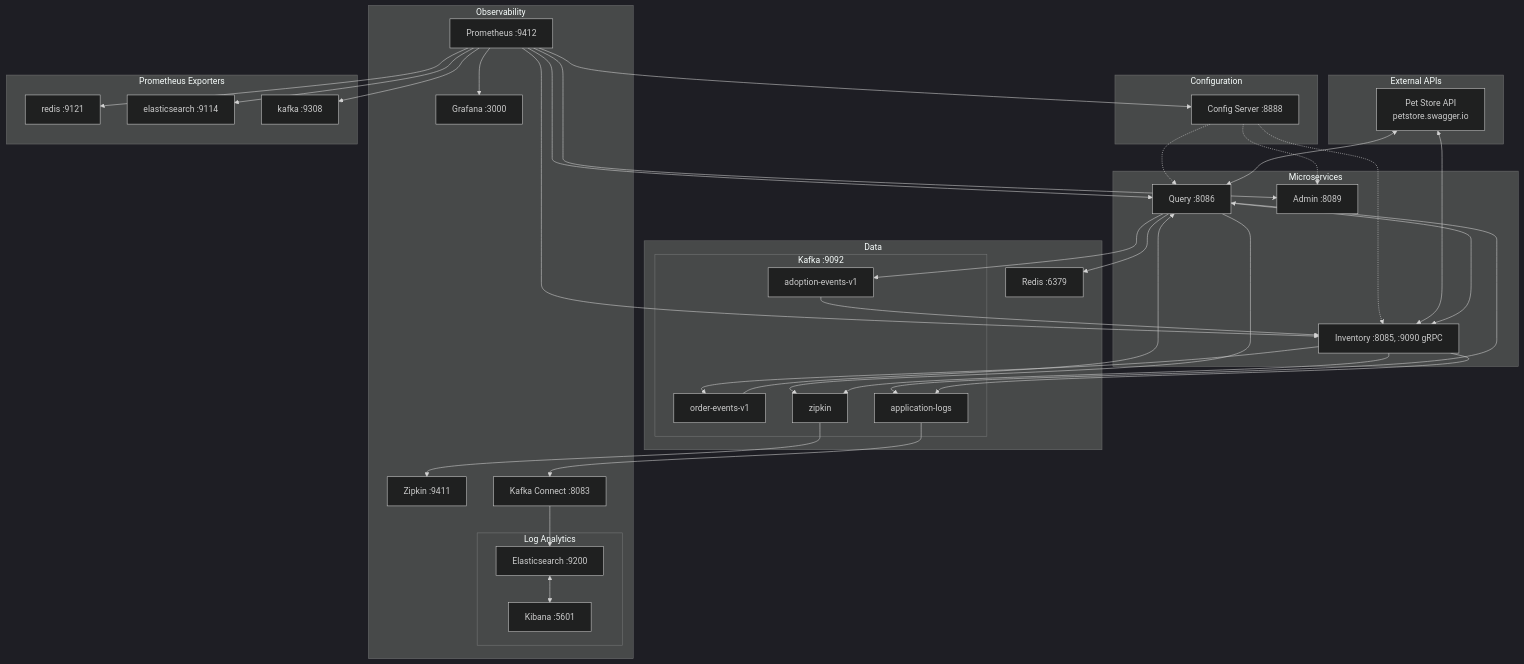
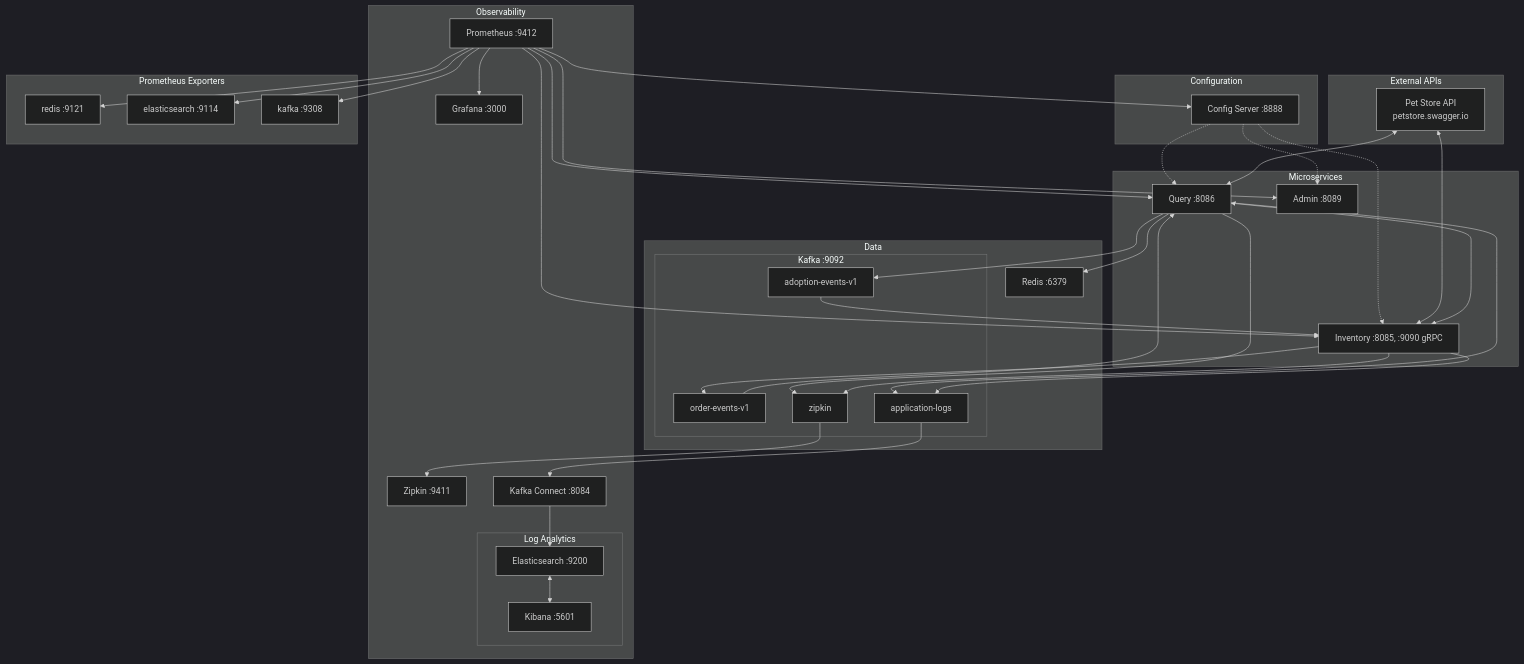
The diagram in README.md (hdmsantander/microservices-ops-demo), drawn with Mermaid (dark theme) before and after one commit. The commit also changed other lines of this file and 10 other files, not shown here.

First line of the commit message:
Resolve 8083 port conflict: switch kafka-connect to 8084

````diff
--- a/README.md
+++ b/README.md
@@ -62,76 +62,76 @@
 ```mermaid
 flowchart TB
     subgraph External["External APIs"]
         PetStore["Pet Store API<br/>petstore.swagger.io"]
     end
 
     subgraph Config["Configuration"]
         ConfigServer["Config Server :8888"]
     end
 
     subgraph Microservices["Microservices"]
         Query["Query :8086"]
         Inventory["Inventory :8085, :9090 gRPC"]
         Admin["Admin :8089"]
     end
 
     subgraph Data["Data"]
         Redis["Redis :6379"]
         subgraph Kafka["Kafka :9092"]
             OE["order-events-v1"]
             AE["adoption-events-v1"]
             ZipkinTopic["zipkin"]
             AppLogs["application-logs"]
         end
     end
 
     subgraph Observability["Observability"]
         Zipkin["Zipkin :9411"]
         Prometheus["Prometheus :9412"]
         Grafana["Grafana :3000"]
         subgraph ELK["Log Analytics"]
             ES["Elasticsearch :9200"]
             Kibana["Kibana :5601"]
         end
-        KC["Kafka Connect :8083"]
+        KC["Kafka Connect :8084"]
     end
 
     subgraph Exporters["Prometheus Exporters"]
         RE["redis :9121"]
         EE["elasticsearch :9114"]
         KE["kafka :9308"]
     end
 
     ConfigServer -.-> Query
     ConfigServer -.-> Inventory
     ConfigServer -.-> Admin
 
     PetStore <--> Query
     PetStore <--> Inventory
     Query <--> Inventory
     Query --> Redis
 
     Inventory --> OE
     OE --> Query
     Query --> AE
     AE --> Inventory
 
     Query --> ZipkinTopic
     Inventory --> ZipkinTopic
     ZipkinTopic --> Zipkin
 
     Query --> AppLogs
     Inventory --> AppLogs
     AppLogs --> KC
     KC --> ES
     ES <--> Kibana
 
     Prometheus --> Query
     Prometheus --> Inventory
     Prometheus --> Admin
     Prometheus --> ConfigServer
     Prometheus --> RE
     Prometheus --> EE
     Prometheus --> KE
     Prometheus --> Grafana
 ```
````
